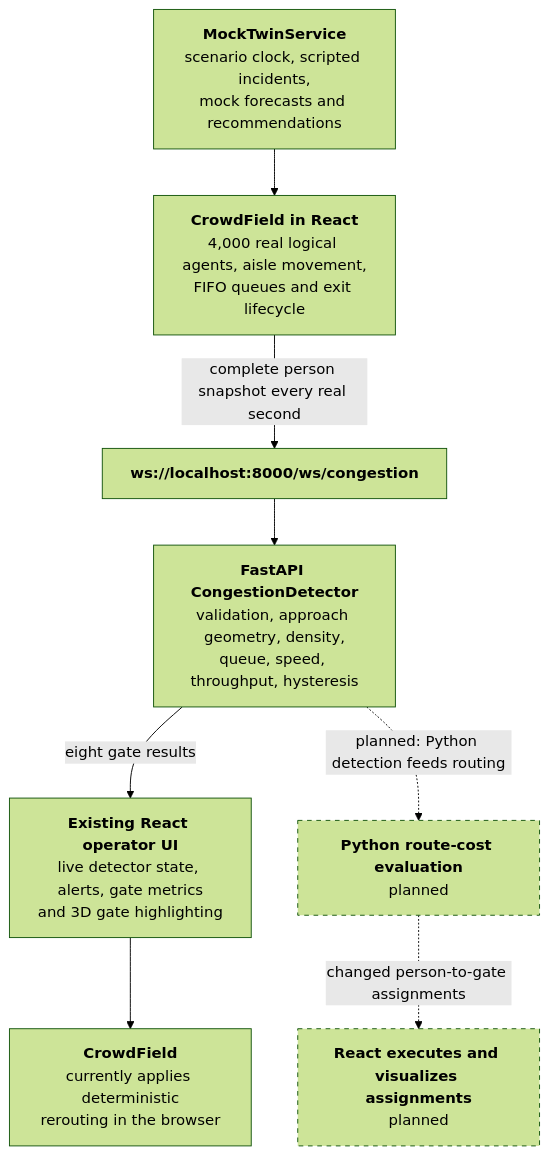
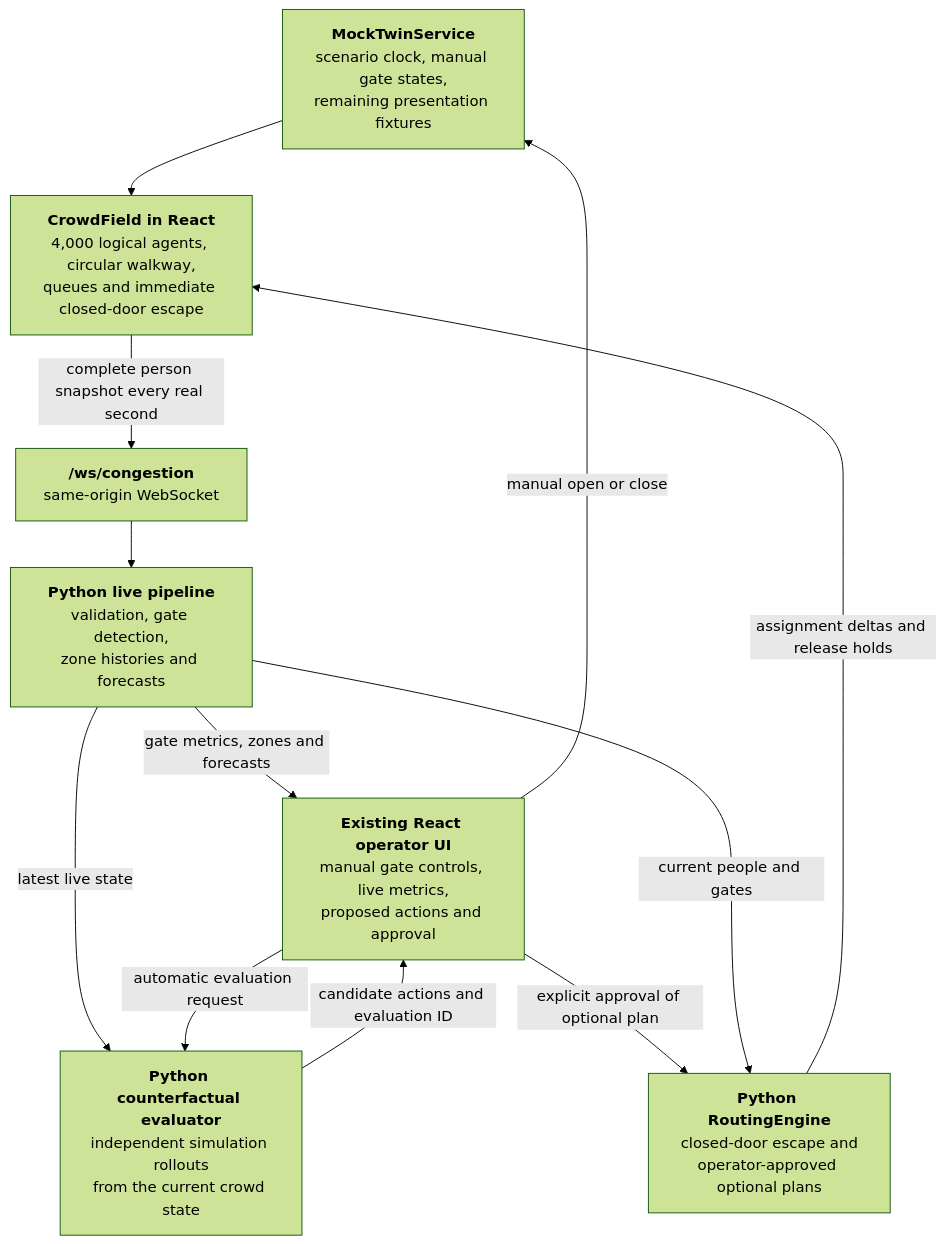
The diagram in README.md (aditya1165/NorthStar), drawn with Mermaid (forest theme) before and after one commit. The commit also changed other lines of this file and 46 other files, not shown here.

First line of the commit message:
fix(evacuation): route crowds around closed gates via walkable concourse

````diff
--- a/README.md
+++ b/README.md
@@ -117,23 +116,22 @@
 ```mermaid
 flowchart TD
-    Mock["<b>MockTwinService</b><br/>scenario clock, scripted incidents,<br/>mock forecasts and recommendations"]
-    Field["<b>CrowdField in React</b><br/>4,000 real logical agents, aisle movement,<br/>FIFO queues and exit lifecycle"]
-    WS["<b>ws://localhost:8000/ws/congestion</b>"]
-    Detector["<b>FastAPI CongestionDetector</b><br/>validation, approach geometry, density,<br/>queue, speed, throughput, hysteresis"]
-    UI["<b>Existing React operator UI</b><br/>live detector state, alerts, gate metrics<br/>and 3D gate highlighting"]
-    Reroute["<b>CrowdField</b><br/>currently applies deterministic<br/>rerouting in the browser"]
-    RouteCost["<b>Python route-cost evaluation</b><br/>planned"]
-    Execute["<b>React executes and visualizes assignments</b><br/>planned"]
+    Mock["<b>MockTwinService</b><br/>scenario clock, manual gate states,<br/>remaining presentation fixtures"]
+    Field["<b>CrowdField in React</b><br/>4,000 logical agents, circular walkway,<br/>queues and immediate closed-door escape"]
+    WS["<b>/ws/congestion</b><br/>same-origin WebSocket"]
+    Detector["<b>Python live pipeline</b><br/>validation, gate detection,<br/>zone histories and forecasts"]
+    UI["<b>Existing React operator UI</b><br/>manual gate controls, live metrics,<br/>proposed actions and approval"]
+    Evaluate["<b>Python counterfactual evaluator</b><br/>independent simulation rollouts<br/>from the current crowd state"]
+    Routing["<b>Python RoutingEngine</b><br/>closed-door escape and<br/>operator-approved optional plans"]
 
     Mock --> Field
     Field -- "complete person snapshot every real second" --> WS
     WS --> Detector
-    Detector -- "eight gate results" --> UI
-    UI --> Reroute
-
-    Detector -. "planned: Python detection feeds routing" .-> RouteCost
-    RouteCost -. "changed person-to-gate assignments" .-> Execute
-
-    classDef planned stroke-dasharray: 5 5;
-    class RouteCost,Execute planned;
+    Detector -- "gate metrics, zones and forecasts" --> UI
+    Detector -- "latest live state" --> Evaluate
+    UI -- "automatic evaluation request" --> Evaluate
+    Evaluate -- "candidate actions and evaluation ID" --> UI
+    UI -- "explicit approval of optional plan" --> Routing
+    UI -- "manual open or close" --> Mock
+    Detector -- "current people and gates" --> Routing
+    Routing -- "assignment deltas and release holds" --> Field
 ```
````
